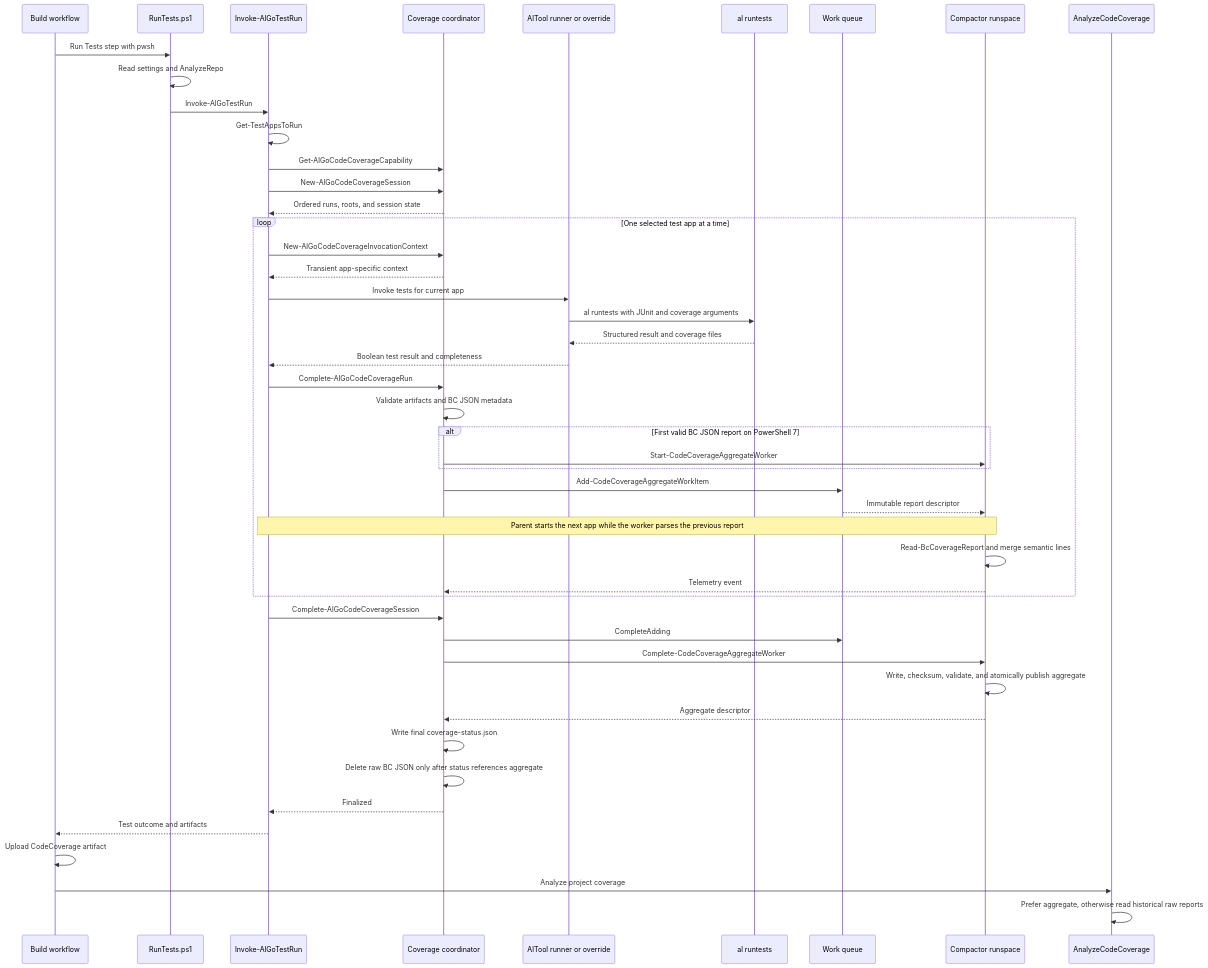
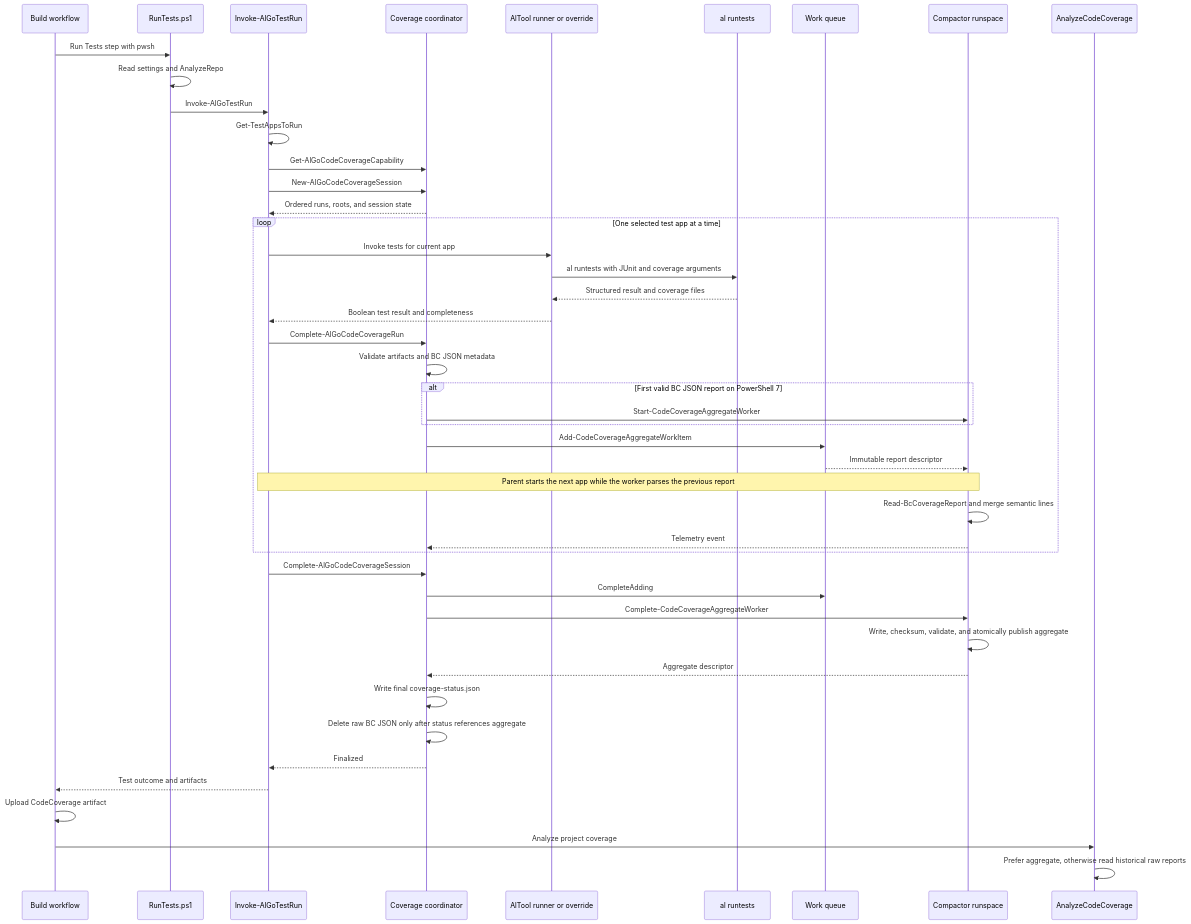
Before and after one commit to spetersenms/AL-Go: the second of 2 diagrams in Actions/RunTests/CodeCoverageArchitecture.md, drawn with Mermaid. The commit also changed other lines of this file and 7 other files, not shown here.

````diff
--- a/Actions/RunTests/CodeCoverageArchitecture.md
+++ b/Actions/RunTests/CodeCoverageArchitecture.md
@@ -61,52 +61,50 @@
 ```mermaid
 sequenceDiagram
     participant Workflow as Build workflow
     participant Entry as RunTests.ps1
     participant RunTests as Invoke-AlGoTestRun
     participant Coordinator as Coverage coordinator
     participant Runner as AlTool runner or override
     participant AlTool as al runtests
     participant Queue as Work queue
     participant Worker as Compactor runspace
     participant Analyzer as AnalyzeCodeCoverage
 
     Workflow->>Entry: Run Tests step with pwsh
     Entry->>Entry: Read settings and AnalyzeRepo
     Entry->>RunTests: Invoke-AlGoTestRun
     RunTests->>RunTests: Get-TestAppsToRun
     RunTests->>Coordinator: Get-AlGoCodeCoverageCapability
     RunTests->>Coordinator: New-AlGoCodeCoverageSession
     Coordinator-->>RunTests: Ordered runs, roots, and session state
 
     loop One selected test app at a time
-        RunTests->>Coordinator: New-AlGoCodeCoverageInvocationContext
-        Coordinator-->>RunTests: Transient app-specific context
         RunTests->>Runner: Invoke tests for current app
         Runner->>AlTool: al runtests with JUnit and coverage arguments
         AlTool-->>Runner: Structured result and coverage files
         Runner-->>RunTests: Boolean test result and completeness
         RunTests->>Coordinator: Complete-AlGoCodeCoverageRun
         Coordinator->>Coordinator: Validate artifacts and BC JSON metadata
         alt First valid BC JSON report on PowerShell 7
             Coordinator->>Worker: Start-CodeCoverageAggregateWorker
         end
         Coordinator->>Queue: Add-CodeCoverageAggregateWorkItem
         Queue-->>Worker: Immutable report descriptor
         Note over RunTests,Worker: Parent starts the next app while the worker parses the previous report
         Worker->>Worker: Read-BcCoverageReport and merge semantic lines
         Worker-->>Coordinator: Telemetry event
     end
 
     RunTests->>Coordinator: Complete-AlGoCodeCoverageSession
     Coordinator->>Queue: CompleteAdding
     Coordinator->>Worker: Complete-CodeCoverageAggregateWorker
     Worker->>Worker: Write, checksum, validate, and atomically publish aggregate
     Worker-->>Coordinator: Aggregate descriptor
     Coordinator->>Coordinator: Write final coverage-status.json
     Coordinator->>Coordinator: Delete raw BC JSON only after status references aggregate
     Coordinator-->>RunTests: Finalized
     RunTests-->>Workflow: Test outcome and artifacts
     Workflow->>Workflow: Upload CodeCoverage artifact
     Workflow->>Analyzer: Analyze project coverage
     Analyzer->>Analyzer: Prefer aggregate, otherwise read historical raw reports
 ```
````
